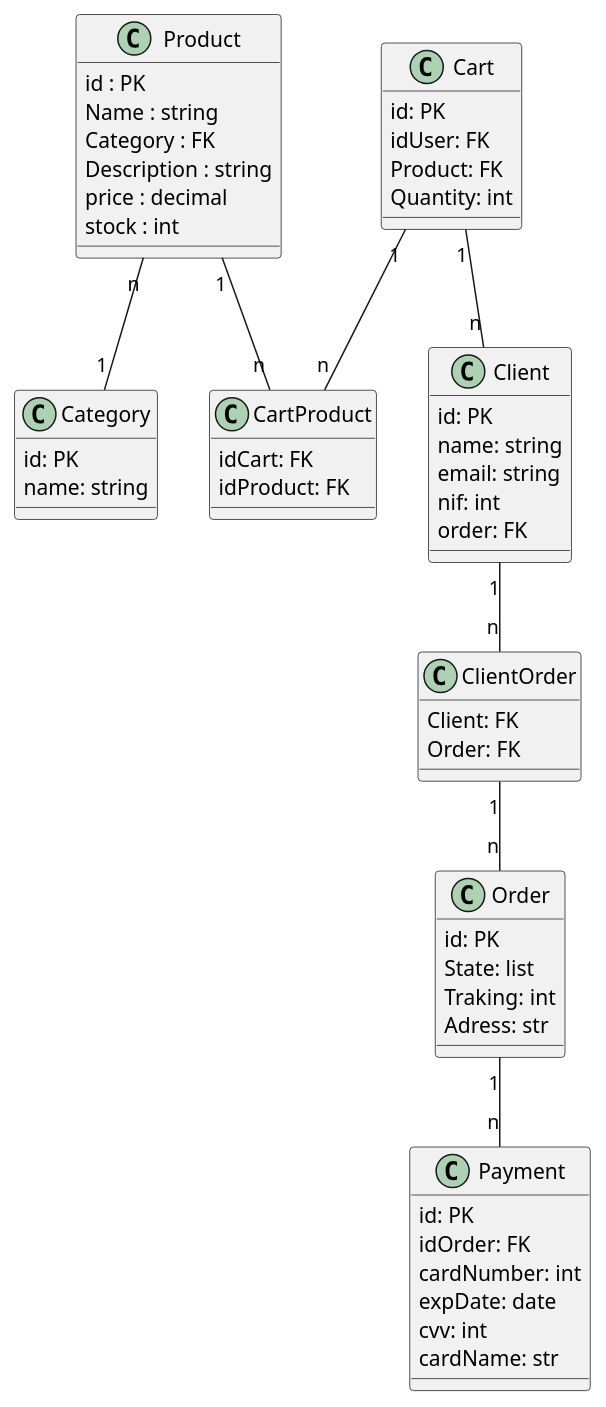
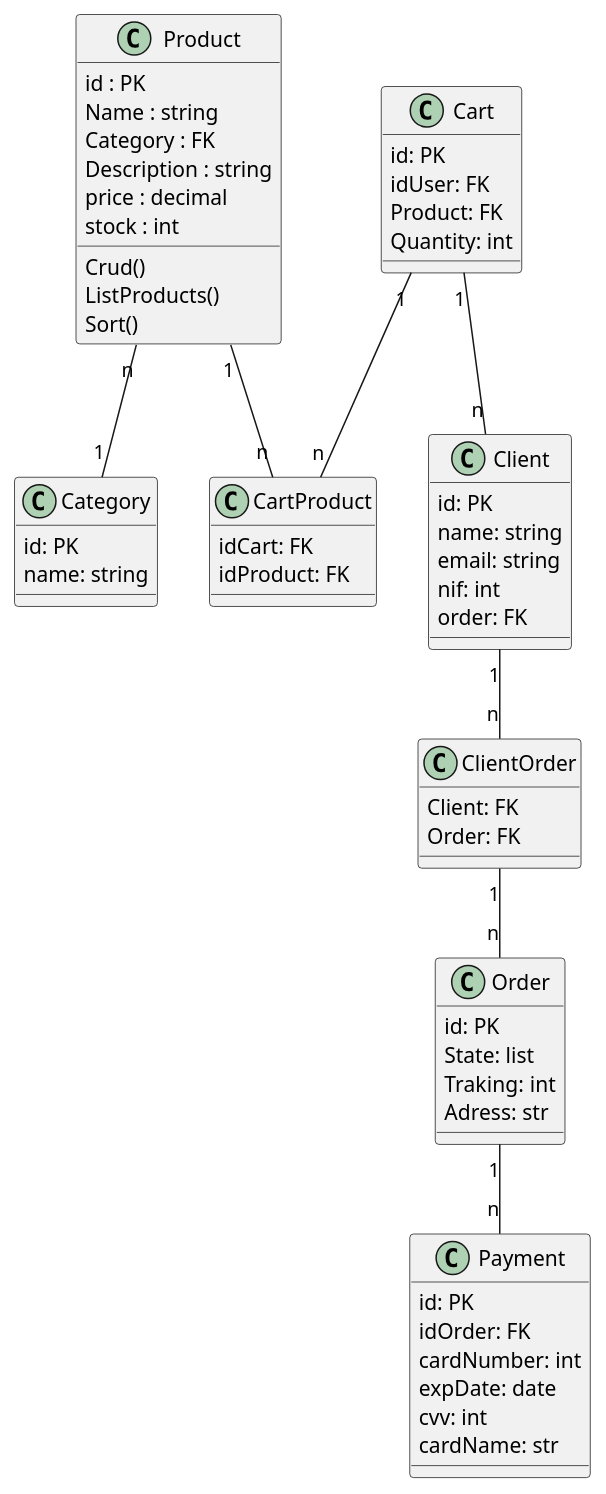
Before and after one commit to migas553/ProjetoFinal: the diagram in classes.plantuml, drawn with PlantUML.

Commit message:
Vou dormir, acabo depois

```diff
--- a/classes.plantuml
+++ b/classes.plantuml
@@ -1,67 +1,73 @@
 @startuml Farmacia
 
 class Product{
     id : PK
     Name : string
     Category : FK
     Description : string
     price : decimal
-    stock : int    
+    stock : int 
+    Crud()
+    ListProducts()
+    Sort()
+    
+
+
 }
 
 class Category{
     id: PK
     name: string
 }
 
 class Client{
     id: PK
     name: string
     email: string
     nif: int
     order: FK
     
 }
 class Order{
     id: PK
     State: list
     Traking: int
     Adress: str
     
 }
 class ClientOrder{
     Client: FK
     Order: FK
 }
 
 class Cart{
     id: PK
     idUser: FK
     Product: FK
     Quantity: int
 }
 
 class CartProduct{
     idCart: FK
     idProduct: FK
 }
 
 class Payment{
     id: PK
     idOrder: FK
     cardNumber: int
     expDate: date
     cvv: int
     cardName: str
 
 } 
 
 Order "1" -- "n" Payment
 Product "1" -- "n" CartProduct
 Product "n" -- "1" Category
 Cart "1" -- "n" CartProduct
 Cart "1" -- "n" Client
 Client "1" -- "n" ClientOrder
 ClientOrder "1" -- "n" Order
 
 @enduml
```
